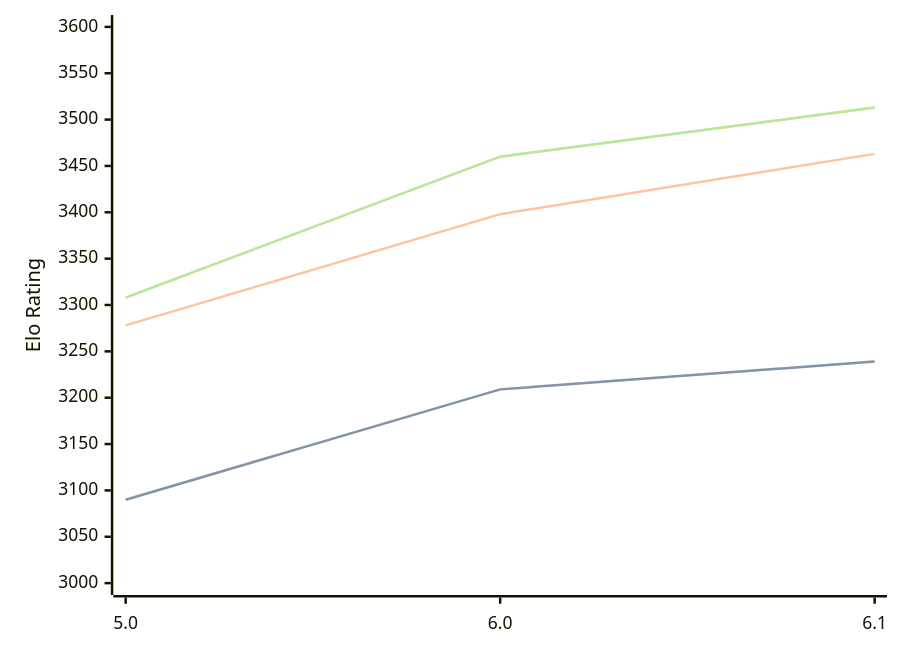
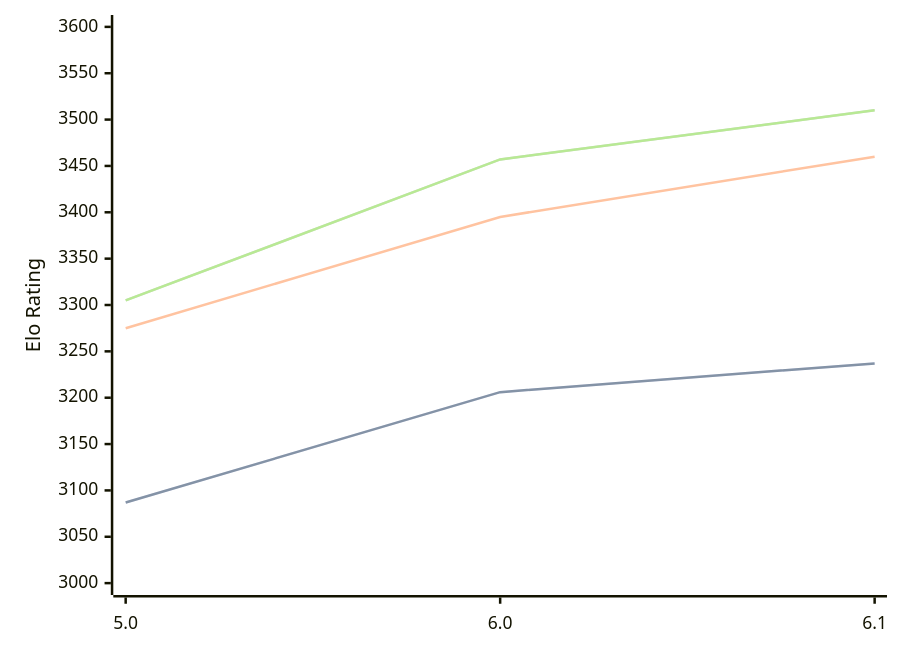
One commit to computer-chess-index/cci changed the diagram in engines/PZChessBot.md. Above: the diagram before and after it, drawn with Mermaid. The commit also changed other lines of this file, not shown here.

Commit message:
Update CCI Ratings (ELO VLTC) - 2026-03-10

````diff
--- a/engines/PZChessBot.md
+++ b/engines/PZChessBot.md
@@ -40,11 +40,11 @@
 ```mermaid
 %%{init: {"theme":"base","themeVariables":{"seriesColors:['#a3a3a3','#222221','#faa371']}}}%%
 xychart-beta
   x-axis ["5.0", "6.0", "6.1"]
   y-axis "Elo Rating" 3000 --> 3600
-  line "STC (8.0+0.08s)" [3090, 3209, 3239]
-  line "STC (8.0+0.08s)" [3090, 3209, 3239]
-  line "LTC (60.0+0.60s)" [3278, 3398, 3463]
-  line "VLTC (2m24s+1.12s)" [3308, 3460, 3513]
-  line "VLTC (2m24s+1.12s)" [3308, 3460, 3513]
+  line "STC (8.0+0.08s)" [3087, 3206, 3237]
+  line "STC (8.0+0.08s)" [3087, 3206, 3237]
+  line "LTC (60.0+0.60s)" [3275, 3395, 3460]
+  line "VLTC (2m24s+1.12s)" [3305, 3457, 3510]
+  line "VLTC (2m24s+1.12s)" [3305, 3457, 3510]
 ```
````
